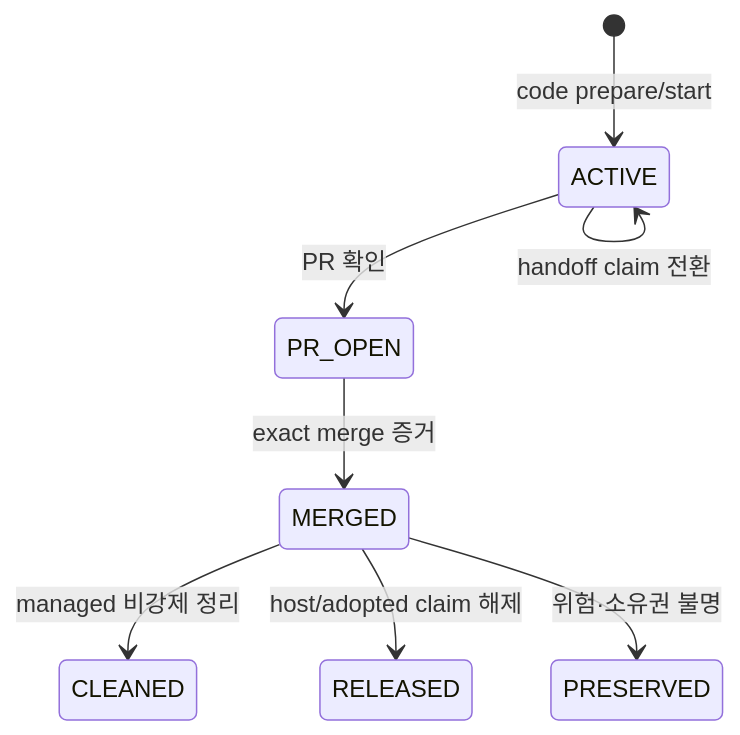
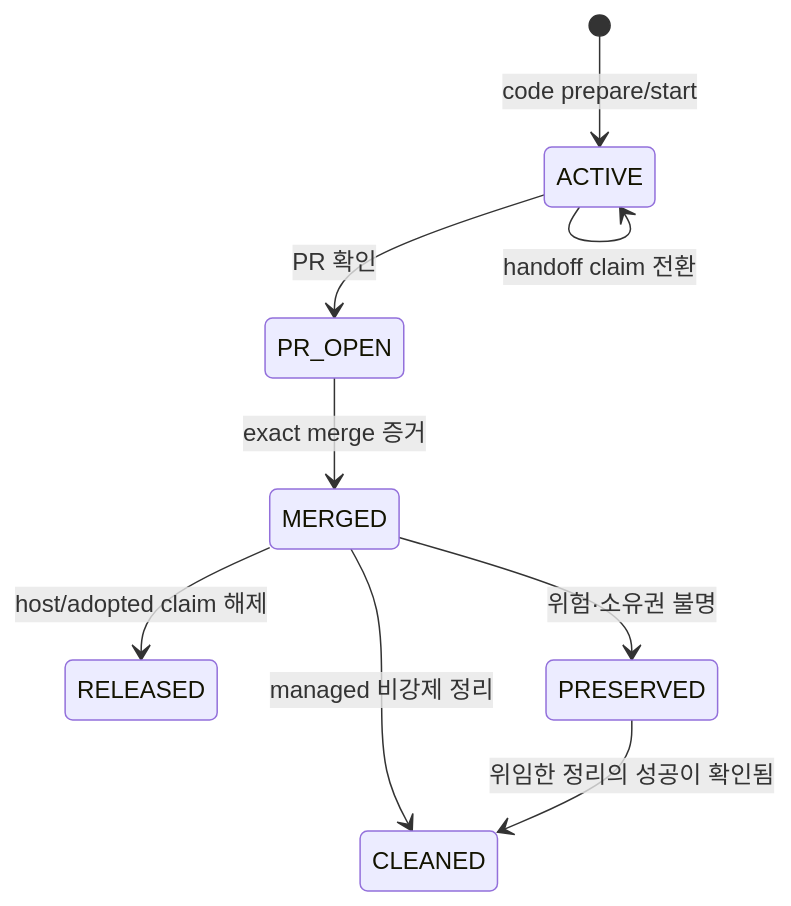
One commit to blackstarzck/topik-project-v13 changed the fourth of 4 diagrams in docs/operations/ai-development-pipeline.md. Above: the diagram before and after it, drawn with Mermaid. The commit also changed other lines of this file and 2 other files, not shown here.

First line of the commit message:
fix: 정리가 실제로 끝났으면 PRESERVED 를 CLEANED 로 교정한다

````diff
--- a/docs/operations/ai-development-pipeline.md
+++ b/docs/operations/ai-development-pipeline.md
@@ -539,10 +540,11 @@
 ```mermaid
 stateDiagram-v2
   [*] --> ACTIVE: code prepare/start
   ACTIVE --> ACTIVE: handoff claim 전환
   ACTIVE --> PR_OPEN: PR 확인
   PR_OPEN --> MERGED: exact merge 증거
   MERGED --> CLEANED: managed 비강제 정리
   MERGED --> RELEASED: host/adopted claim 해제
   MERGED --> PRESERVED: 위험·소유권 불명
+  PRESERVED --> CLEANED: 위임한 정리의 성공이 확인됨
 ```
````
